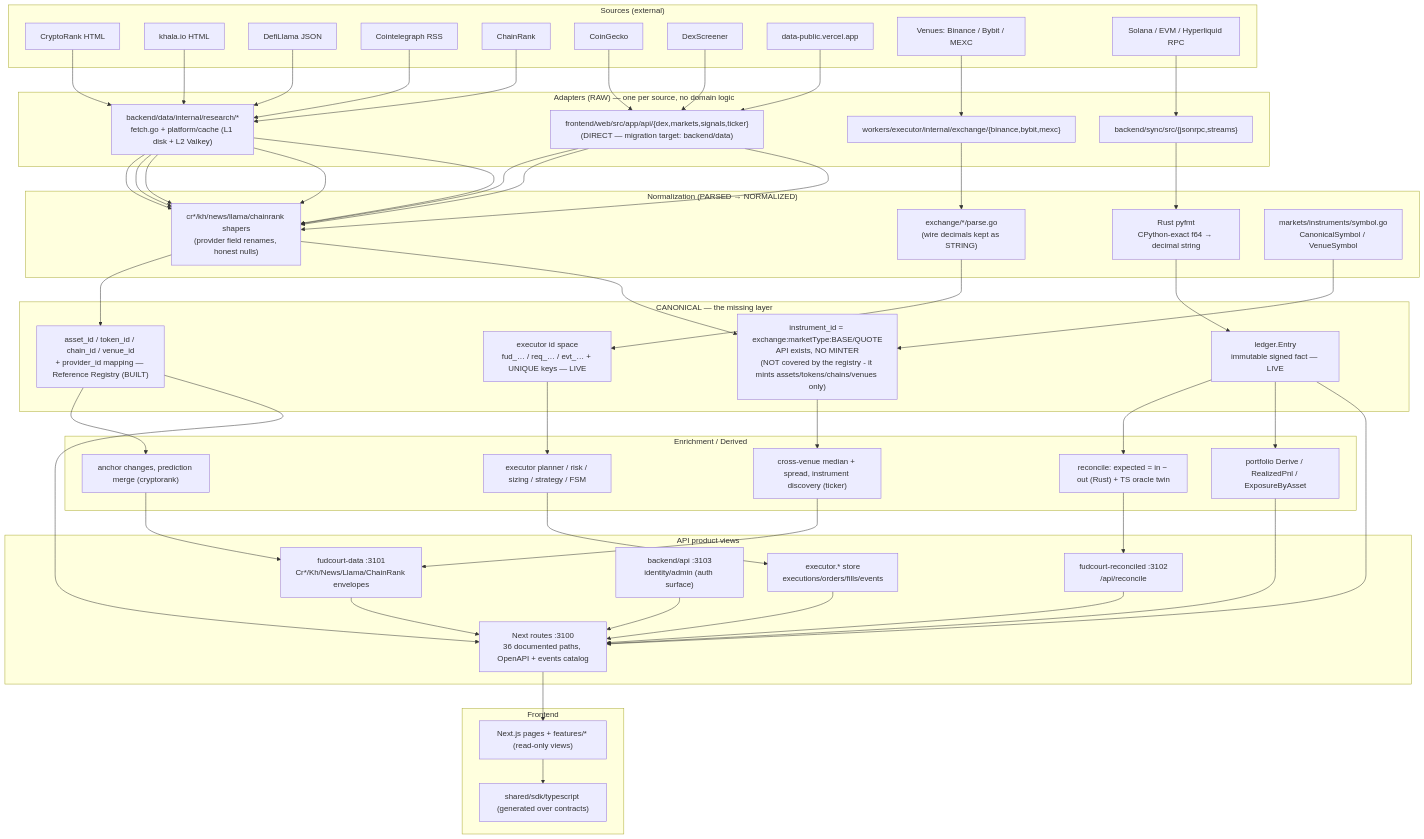
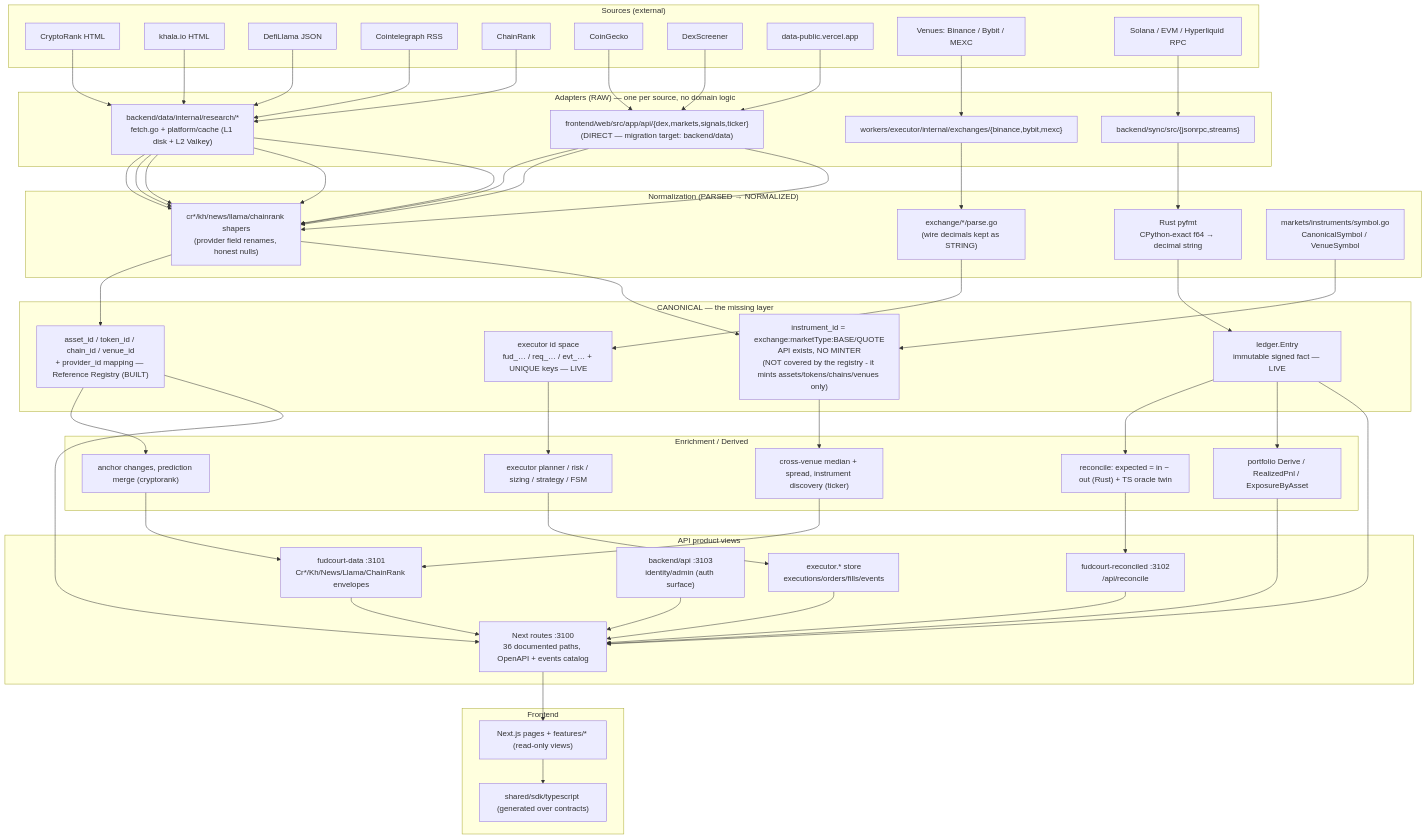
One commit to anvxxr-arch/fudcourt changed the diagram in docs/architecture/canonical-model.md. Above: the diagram before and after it, drawn with Mermaid. The commit also changed other lines of this file and 6 other files, not shown here.

```diff
--- a/docs/architecture/canonical-model.md
+++ b/docs/architecture/canonical-model.md
@@ -718,7 +718,7 @@
   subgraph A["Adapters (RAW) — one per source, no domain logic"]
     ADC1["backend/data/internal/research/*<br/>fetch.go + platform/cache (L1 disk + L2 Valkey)"]
     ADC2["frontend/web/src/app/api/{dex,markets,signals,ticker}<br/>(DIRECT — migration target: backend/data)"]
-    ADC3["workers/executor/internal/exchange/{binance,bybit,mexc}"]
+    ADC3["workers/executor/internal/exchanges/{binance,bybit,mexc}"]
     ADC4["backend/sync/src/{jsonrpc,streams}"]
   end
 
```
